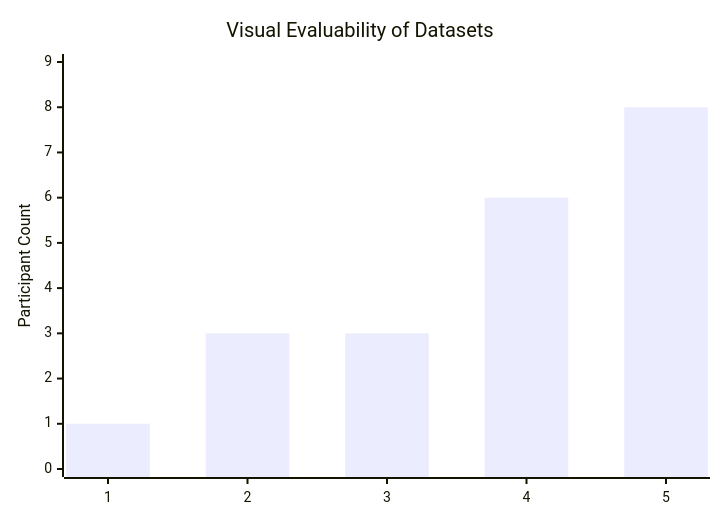
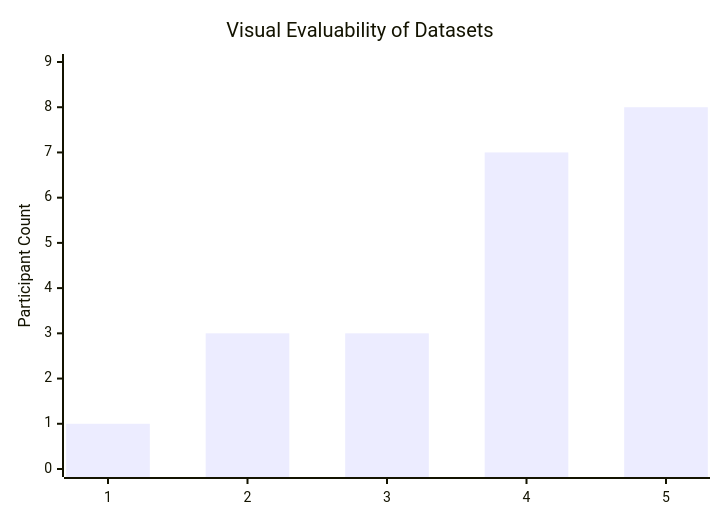
One commit to anonym-evalpro/EvalPro changed the eighth of 15 diagrams in Search/README.md. Above: the diagram before and after it, drawn with Mermaid. The commit also changed other lines of this file and 1 other file, not shown here.

````diff
--- a/Search/README.md
+++ b/Search/README.md
@@ -87,7 +87,7 @@
        ```mermaid
         xychart-beta
         title "Visual Evaluability of Datasets"
         x-axis ["1", "2", "3", "4", "5"]
         y-axis "Participant Count" 0 --> 9
-        bar [1, 3, 3, 6, 8]
+        bar [1, 3, 3, 7, 8]
        ```
````
